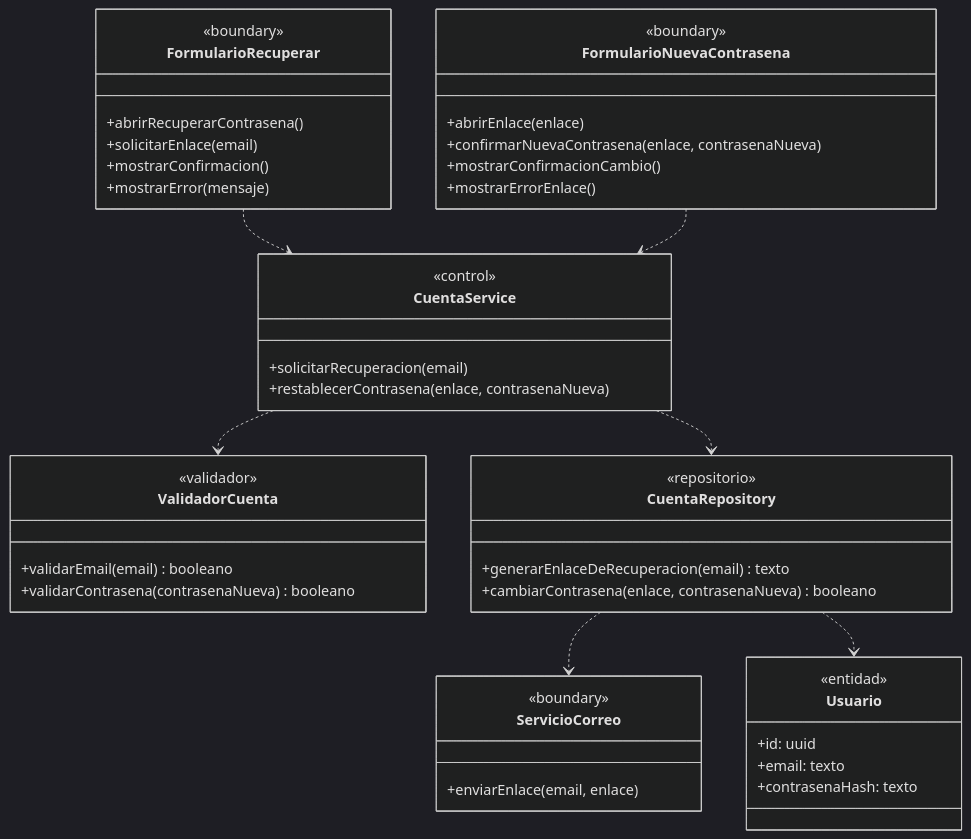
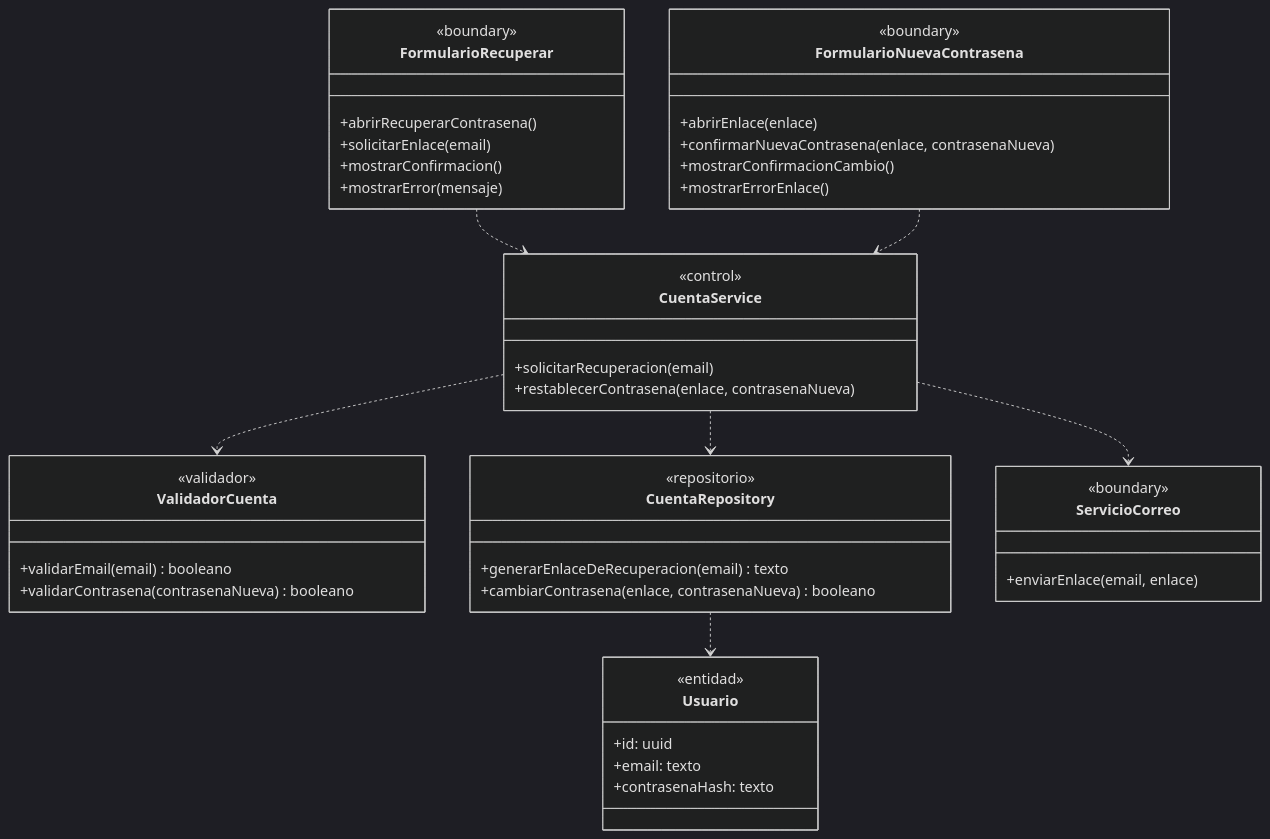
The fifth of 7 diagrams in docs/diagramas-de-clase/cuenta-y-acceso.md (nicqletal/torneos-scraper), drawn with Mermaid (dark theme) before and after one commit. The commit also changed other lines of this file and 12 other files, not shown here.

First line of the commit message:
docs(diagramas-de-clase): alinear métodos con secuencias, unificar capas y limpiar etiquetas en flechas

````diff
--- a/docs/diagramas-de-clase/cuenta-y-acceso.md
+++ b/docs/diagramas-de-clase/cuenta-y-acceso.md
@@ -292,48 +292,48 @@
 ```mermaid
 classDiagram
 class FormularioRecuperar {
   <<boundary>>
   +abrirRecuperarContrasena()
   +solicitarEnlace(email)
   +mostrarConfirmacion()
   +mostrarError(mensaje)
 }
 class FormularioNuevaContrasena {
   <<boundary>>
   +abrirEnlace(enlace)
   +confirmarNuevaContrasena(enlace, contrasenaNueva)
   +mostrarConfirmacionCambio()
   +mostrarErrorEnlace()
 }
 class CuentaService {
   <<control>>
   +solicitarRecuperacion(email)
   +restablecerContrasena(enlace, contrasenaNueva)
 }
 class ValidadorCuenta {
   <<validador>>
   +validarEmail(email) booleano
   +validarContrasena(contrasenaNueva) booleano
 }
 class CuentaRepository {
   <<repositorio>>
   +generarEnlaceDeRecuperacion(email) texto
   +cambiarContrasena(enlace, contrasenaNueva) booleano
 }
 class ServicioCorreo {
   <<boundary>>
   +enviarEnlace(email, enlace)
 }
 class Usuario {
   <<entidad>>
   +id: uuid
   +email: texto
   +contrasenaHash: texto
 }
 FormularioRecuperar ..> CuentaService
 FormularioNuevaContrasena ..> CuentaService
 CuentaService ..> ValidadorCuenta
 CuentaService ..> CuentaRepository
-CuentaRepository ..> ServicioCorreo
+CuentaService ..> ServicioCorreo
 CuentaRepository ..> Usuario
 ```
````
